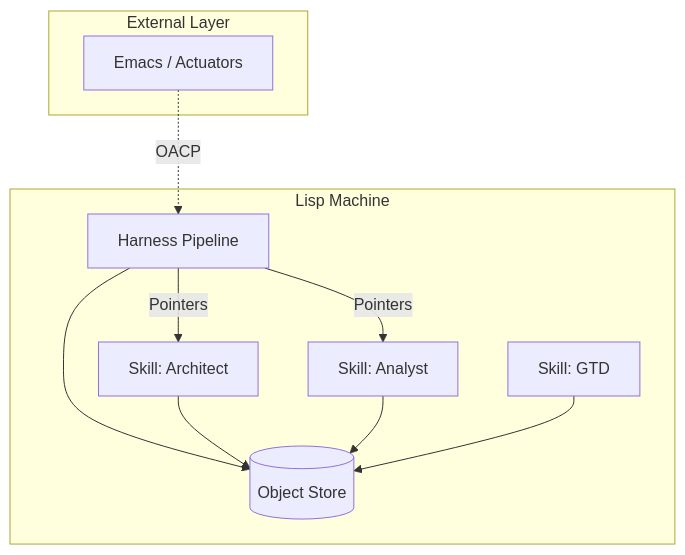
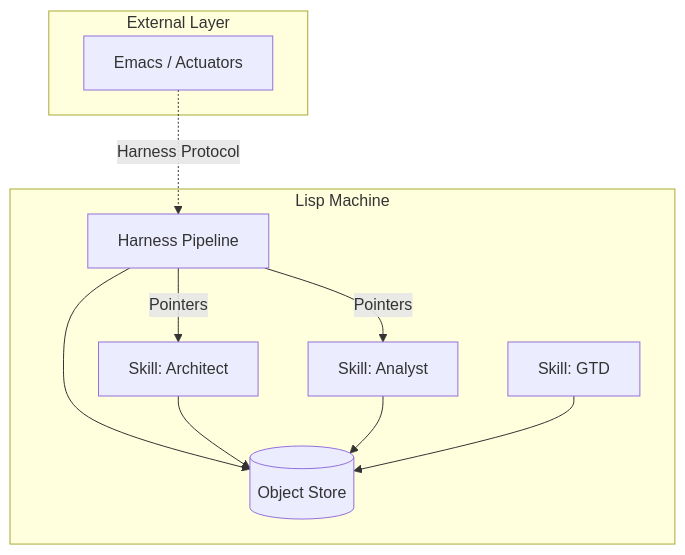
One commit to amrgharbeia/opencortex changed the diagram in literate/object-store.org. Above: the diagram before and after it, drawn with Mermaid. The commit also changed 15 other files, not shown here.

Commit message:
docs: rename OACP to Harness Protocol and revamp protocol.org with verbose literate text

```diff
--- a/literate/object-store.org
+++ b/literate/object-store.org
@@ -16,14 +16,14 @@
 #+begin_src mermaid
 flowchart TD
     subgraph LispMachine[Lisp Machine]
         H[Harness Pipeline] --> OS[(Object Store)]
         S1[Skill: Architect] --> OS
         S2[Skill: Analyst] --> OS
         S3[Skill: GTD] --> OS
         H -- Pointers --> S1
         H -- Pointers --> S2
     end
     subgraph IPCSlow[External Layer]
-        E[Emacs / Actuators] -. OACP .-> H
+        E[Emacs / Actuators] -. Harness Protocol .-> H
     end
 #+end_src
```
